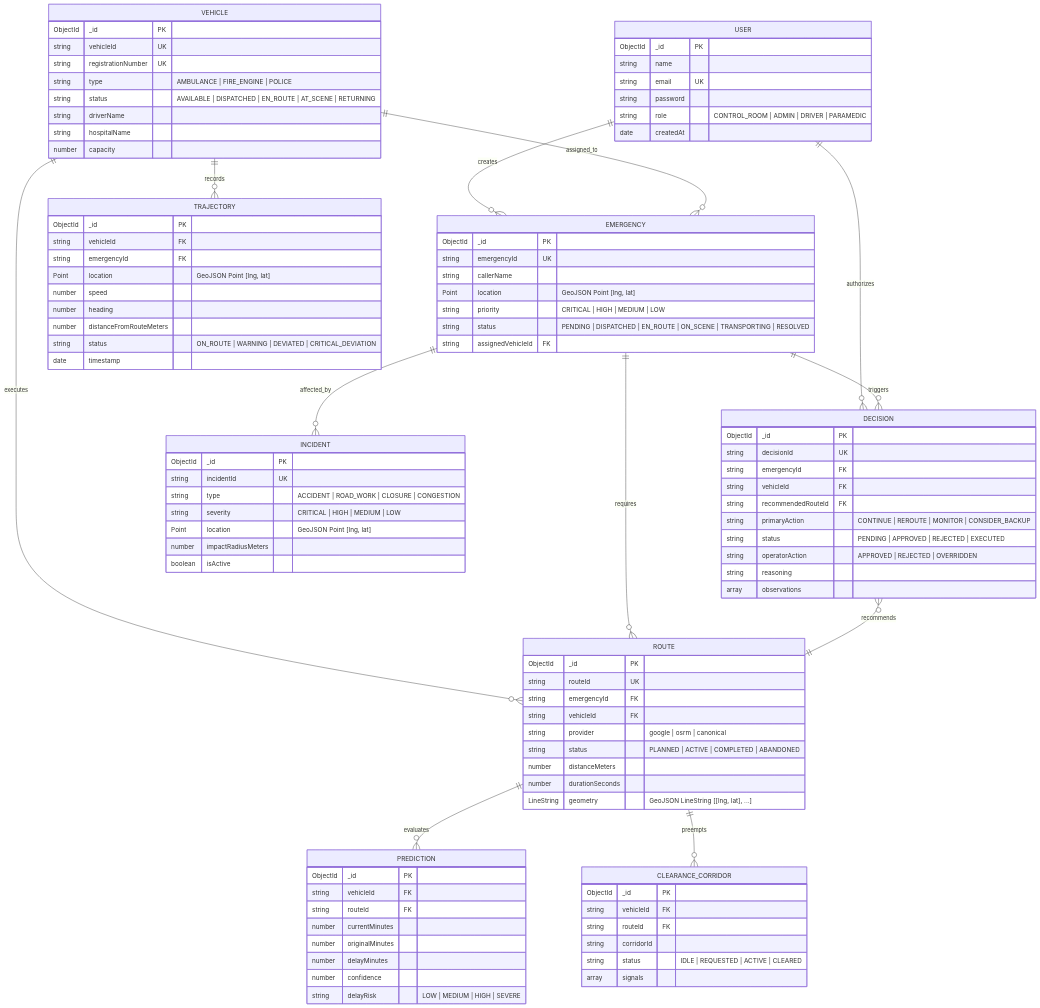
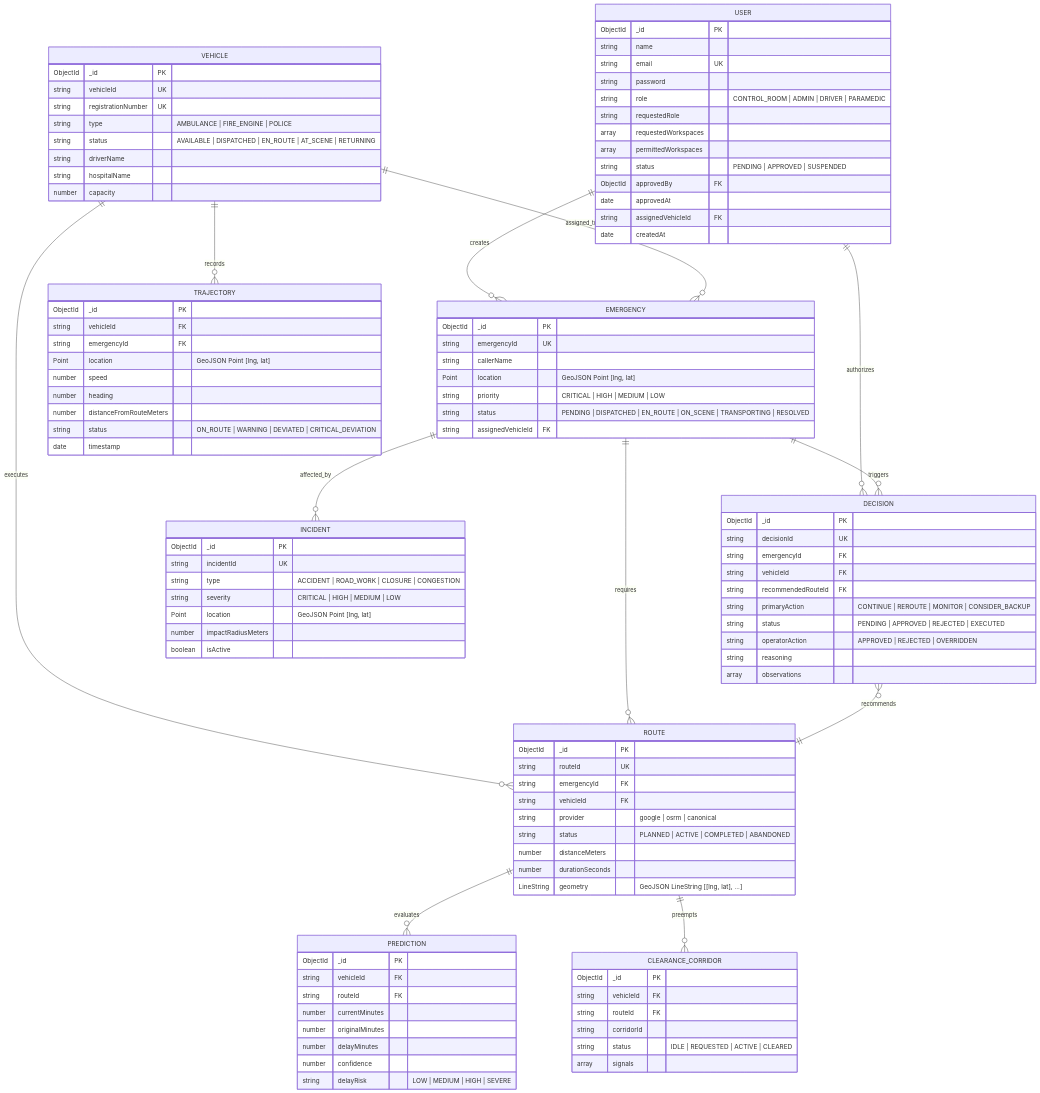
One commit to SwiftCareSC7/geoagent-emegency-project changed the diagram in docs/SWIFTCARE-DATABASE.md. Above: the diagram before and after it, drawn with Mermaid. The commit also changed other lines of this file and 398 other files, not shown here.

Commit message:
feat(ai-toolkit & auth): integrate 4-agent AI coding toolkit, Graft context graph, and multi-workspace RBAC auth

```diff
--- a/docs/SWIFTCARE-DATABASE.md
+++ b/docs/SWIFTCARE-DATABASE.md
@@ -26,6 +26,13 @@
         string email UK
         string password
         string role "CONTROL_ROOM | ADMIN | DRIVER | PARAMEDIC"
+        string requestedRole
+        array requestedWorkspaces
+        array permittedWorkspaces
+        string status "PENDING | APPROVED | SUSPENDED"
+        ObjectId approvedBy FK
+        date approvedAt
+        string assignedVehicleId FK
         date createdAt
     }
 
```
